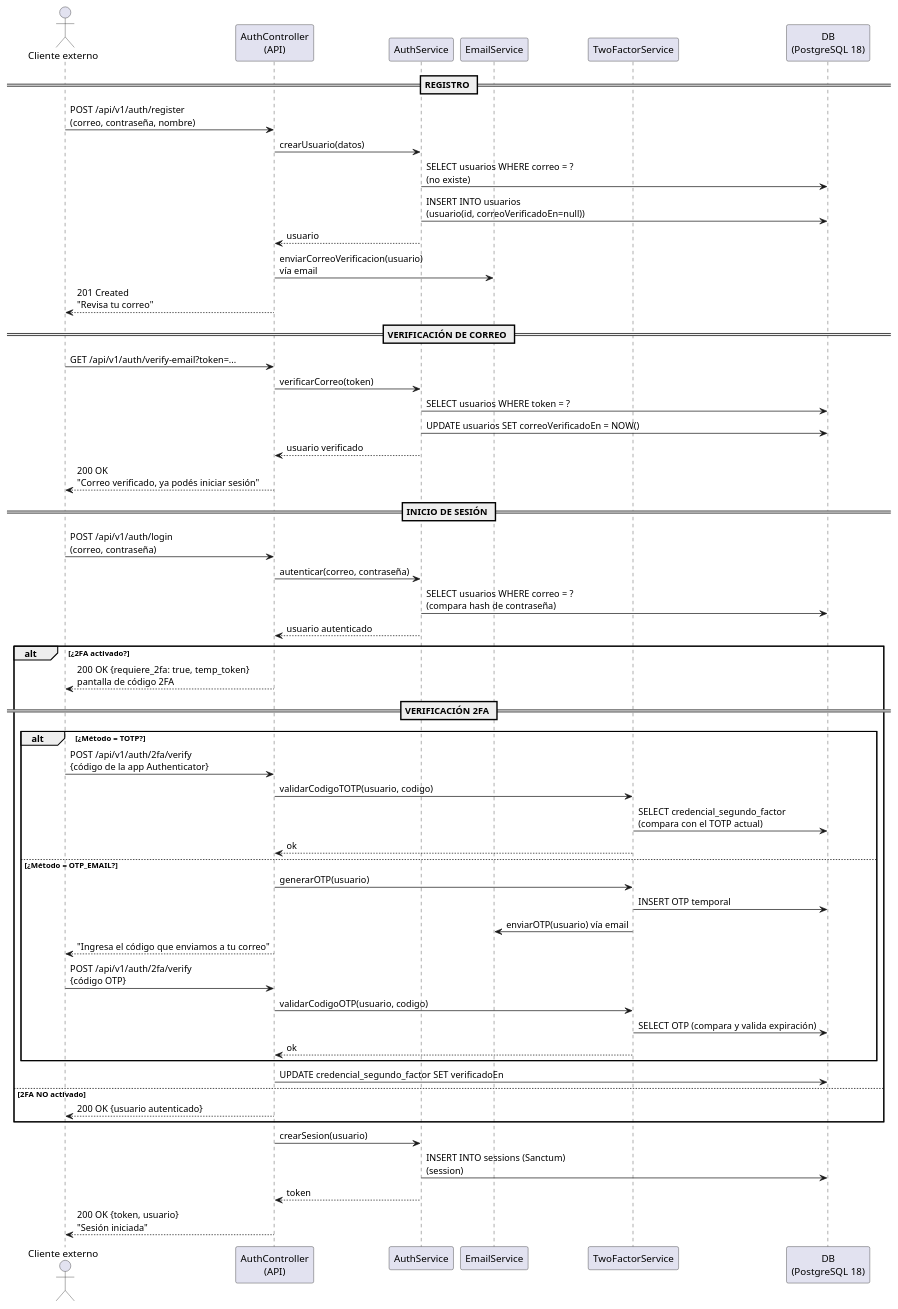
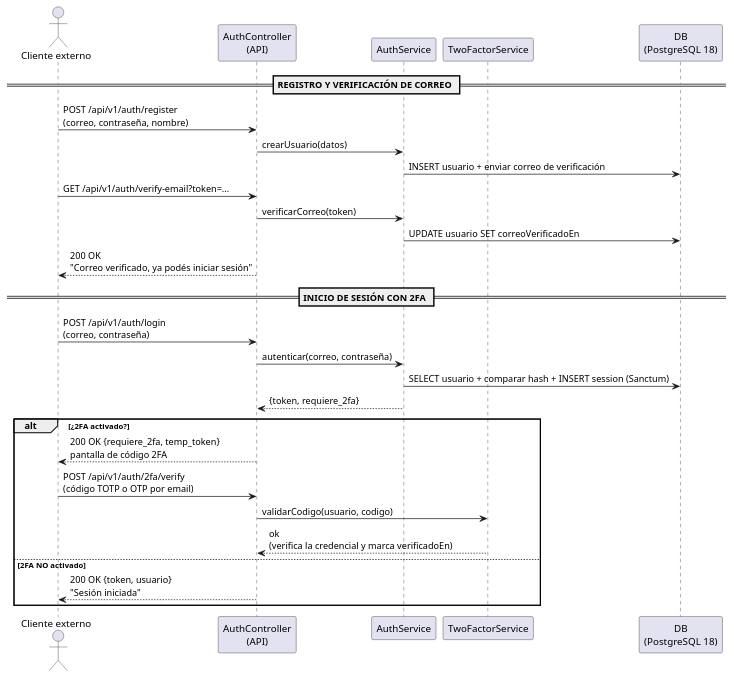
The diagram in docs/uml/8.4.1-secuencia-registro-2fa-simple.puml (D4nitrix13/AtlasCommerce), drawn with PlantUML before and after one commit. The commit also changed 2 other files, not shown here.

Commit message:
docs(uml): simplificar los tres diagramas de secuencia
Los diagramas de secuencia eran los mas pesados del set: 10 lifeline y 40+
mensajes cada uno, ilegibles en una pagina A4.

- 107 -> 47 mensajes, 25 -> 16 lifeline.
- Los mensajes SQL consecutivos sobre una misma operacion logica se funden en
  uno: BEGIN + INSERT pedidos + UPDATE carritos + COMMIT pasan a ser una sola
  flecha "Persistir pedido y lineas en transaccion".
- Los bloques par de 5 ramas (despacho) y de 3 (acciones tras el pago) se
  colapsan en una sola accion.
- 8.4.1 tenia un alt anidado dentro de otro alt; ahora hay un solo alt con las
  dos ramas de 2FA (TOTP y OTP por email).
- Se eliminan los 2 bloques note.

Se conserva completo lo que documenta la arquitectura: el registro y la
verificacion de correo en 8.4.1, el webhook asincrono como fuente de verdad del
pago en 8.4.2, y la confirmacion de entrega como evento posterior en 8.4.3.

Los .puml originales sin sufijo quedan intactos como respaldo.

```diff
--- a/docs/uml/8.4.1-secuencia-registro-2fa-simple.puml
+++ b/docs/uml/8.4.1-secuencia-registro-2fa-simple.puml
@@ -1,63 +1,33 @@
 @startuml 8.4 - Secuencia: Registro e Inicio de Sesión con 2FA
 
 actor "Cliente externo" as C
 participant "AuthController\n(API)" as AC
 participant "AuthService" as AS
-participant "EmailService" as ES
 participant "TwoFactorService" as TF
 participant "DB\n(PostgreSQL 18)" as DB
 
-== REGISTRO ==
+== REGISTRO Y VERIFICACIÓN DE CORREO ==
 C -> AC : POST /api/v1/auth/register\n(correo, contraseña, nombre)
 AC -> AS : crearUsuario(datos)
-AS -> DB : SELECT usuarios WHERE correo = ?\n(no existe)
-AS -> DB : INSERT INTO usuarios\n(usuario(id, correoVerificadoEn=null))
-AS --> AC : usuario
-AC -> ES : enviarCorreoVerificacion(usuario)\nvía email
-AC --> C : 201 Created\n"Revisa tu correo"
-
-== VERIFICACIÓN DE CORREO ==
+AS -> DB : INSERT usuario + enviar correo de verificación
 C -> AC : GET /api/v1/auth/verify-email?token=...
 AC -> AS : verificarCorreo(token)
-AS -> DB : SELECT usuarios WHERE token = ?
-AS -> DB : UPDATE usuarios SET correoVerificadoEn = NOW()
-AS --> AC : usuario verificado
+AS -> DB : UPDATE usuario SET correoVerificadoEn
 AC --> C : 200 OK\n"Correo verificado, ya podés iniciar sesión"
 
-== INICIO DE SESIÓN ==
+== INICIO DE SESIÓN CON 2FA ==
 C -> AC : POST /api/v1/auth/login\n(correo, contraseña)
 AC -> AS : autenticar(correo, contraseña)
-AS -> DB : SELECT usuarios WHERE correo = ?\n(compara hash de contraseña)
-AS --> AC : usuario autenticado
+AS -> DB : SELECT usuario + comparar hash + INSERT session (Sanctum)
+AS --> AC : {token, requiere_2fa}
 
 alt ¿2FA activado?
-  AC --> C : 200 OK {requiere_2fa: true, temp_token}\npantalla de código 2FA
-
-  == VERIFICACIÓN 2FA ==
-  alt ¿Método = TOTP?
-    C -> AC : POST /api/v1/auth/2fa/verify\n{código de la app Authenticator}
-    AC -> TF : validarCodigoTOTP(usuario, codigo)
-    TF -> DB : SELECT credencial_segundo_factor\n(compara con el TOTP actual)
-    TF --> AC : ok
-  else ¿Método = OTP_EMAIL?
-    AC -> TF : generarOTP(usuario)
-    TF -> DB : INSERT OTP temporal
-    TF -> ES : enviarOTP(usuario) vía email
-    AC --> C : "Ingresa el código que enviamos a tu correo"
-    C -> AC : POST /api/v1/auth/2fa/verify\n{código OTP}
-    AC -> TF : validarCodigoOTP(usuario, codigo)
-    TF -> DB : SELECT OTP (compara y valida expiración)
-    TF --> AC : ok
-  end
-
-  AC -> DB : UPDATE credencial_segundo_factor SET verificadoEn
+  AC --> C : 200 OK {requiere_2fa, temp_token}\npantalla de código 2FA
+  C -> AC : POST /api/v1/auth/2fa/verify\n(código TOTP o OTP por email)
+  AC -> TF : validarCodigo(usuario, codigo)
+  TF --> AC : ok\n(verifica la credencial y marca verificadoEn)
 else 2FA NO activado
-  AC --> C : 200 OK {usuario autenticado}
+  AC --> C : 200 OK {token, usuario}\n"Sesión iniciada"
 end
 
-AC -> AS : crearSesion(usuario)
-AS -> DB : INSERT INTO sessions (Sanctum)\n(session)
-AS --> AC : token
-AC --> C : 200 OK {token, usuario}\n"Sesión iniciada"
-
 @enduml
```
